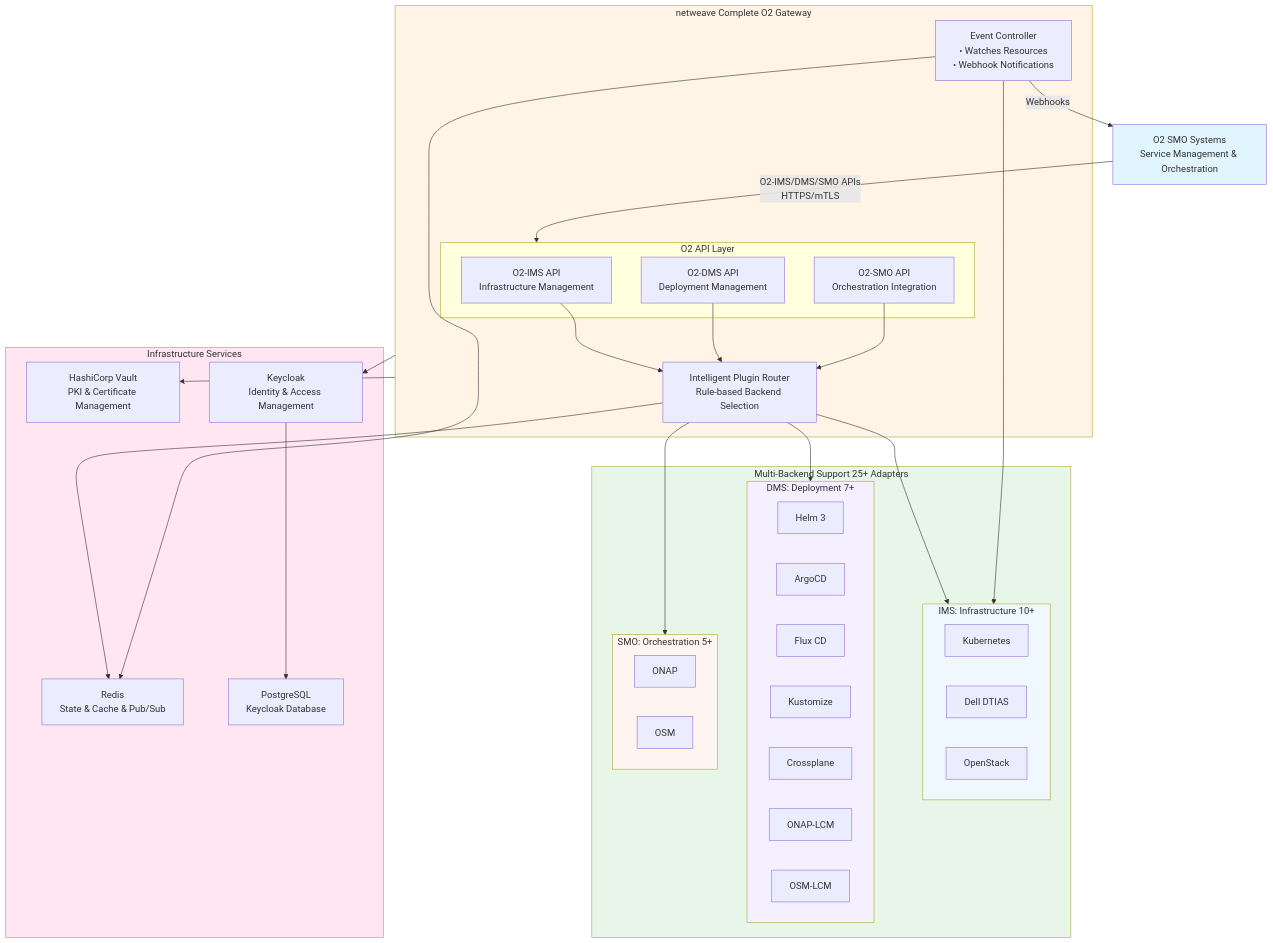
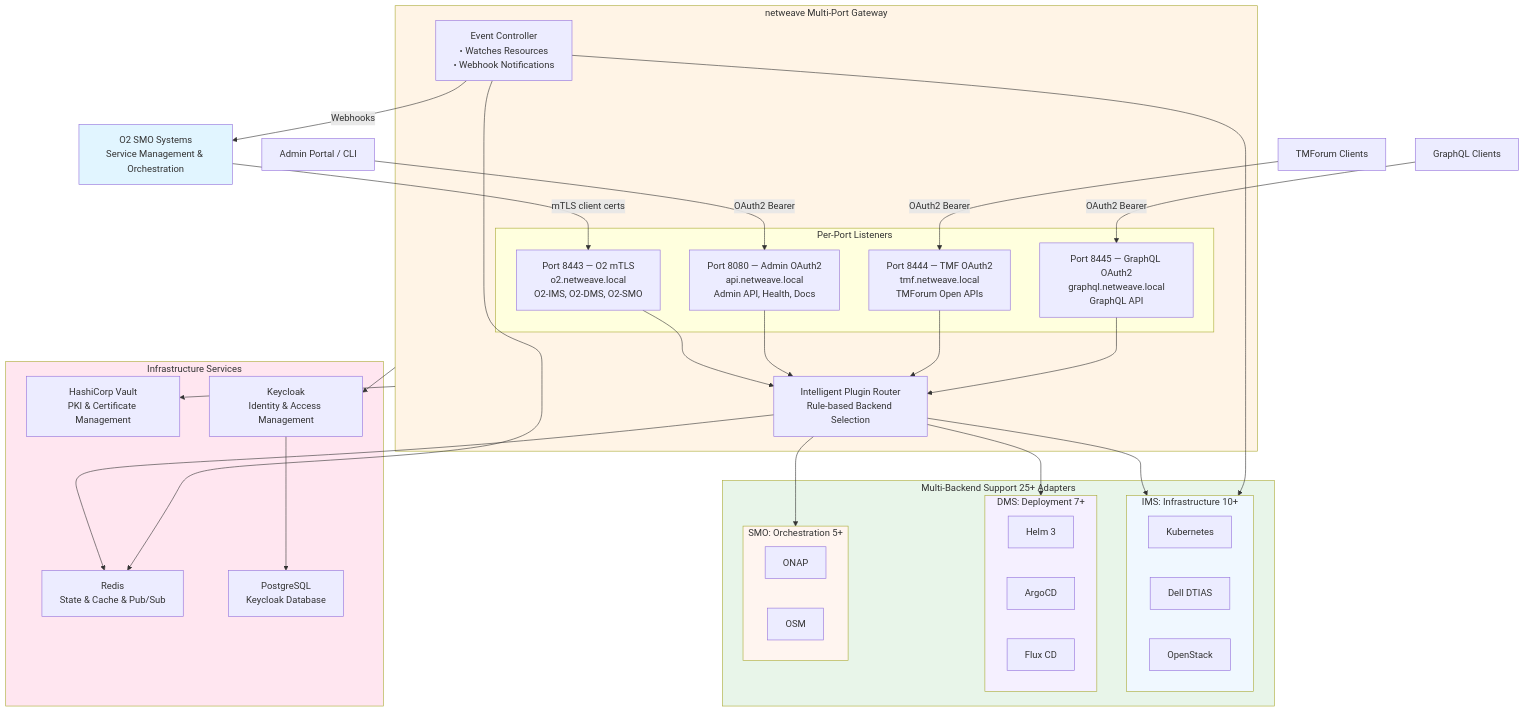
One commit to piwi3910/netweave changed the diagram in README.md. Above: the diagram before and after it, drawn with Mermaid. The commit also changed other lines of this file and 7 other files, not shown here.

First line of the commit message:
[Docs] Update documentation for multi-port gateway architecture

````diff
--- a/README.md
+++ b/README.md
@@ -97,71 +97,76 @@
 ```mermaid
 graph TB
     SMO[O2 SMO Systems<br/>Service Management & Orchestration]
+    TMF_Client[TMForum Clients]
+    GQL_Client[GraphQL Clients]
+    Admin[Admin Portal / CLI]
 
-    subgraph Gateway [netweave Complete O2 Gateway]
-        subgraph APIs [O2 API Layer]
-            IMS[O2-IMS API<br/>Infrastructure Management]
-            DMS[O2-DMS API<br/>Deployment Management]
-            SMO_API[O2-SMO API<br/>Orchestration Integration]
+    subgraph Gateway [netweave Multi-Port Gateway]
+        subgraph Ports [Per-Port Listeners]
+            P8443[Port 8443 — O2 mTLS<br/>o2.netweave.local<br/>O2-IMS, O2-DMS, O2-SMO]
+            P8080[Port 8080 — Admin OAuth2<br/>api.netweave.local<br/>Admin API, Health, Docs]
+            P8444[Port 8444 — TMF OAuth2<br/>tmf.netweave.local<br/>TMForum Open APIs]
+            P8445[Port 8445 — GraphQL OAuth2<br/>graphql.netweave.local<br/>GraphQL API]
         end
 
         Router[Intelligent Plugin Router<br/>Rule-based Backend Selection]
         CTRL[Event Controller<br/>• Watches Resources<br/>• Webhook Notifications]
     end
 
     subgraph Infrastructure [Infrastructure Services]
         Redis[Redis<br/>State & Cache & Pub/Sub]
         Vault[HashiCorp Vault<br/>PKI & Certificate Management]
         KC[Keycloak<br/>Identity & Access Management]
         PG[PostgreSQL<br/>Keycloak Database]
     end
 
     subgraph Backends [Multi-Backend Support 25+ Adapters]
         subgraph IMS_Backends [IMS: Infrastructure 10+]
             K8s[Kubernetes]
             DTIAS[Dell DTIAS]
             OS[OpenStack]
         end
 
         subgraph DMS_Backends [DMS: Deployment 7+]
             Helm[Helm 3]
             Argo[ArgoCD]
             Flux[Flux CD]
-            Kust[Kustomize]
-            XPlane[Crossplane]
-            ONAP_LCM[ONAP-LCM]
-            OSM_LCM[OSM-LCM]
         end
 
         subgraph SMO_Backends [SMO: Orchestration 5+]
             ONAP[ONAP]
             OSM[OSM]
         end
     end
 
-    SMO -->|O2-IMS/DMS/SMO APIs<br/>HTTPS/mTLS| APIs
-    IMS --> Router
-    DMS --> Router
-    SMO_API --> Router
+    SMO -->|mTLS client certs| P8443
+    Admin -->|OAuth2 Bearer| P8080
+    TMF_Client -->|OAuth2 Bearer| P8444
+    GQL_Client -->|OAuth2 Bearer| P8445
+
+    P8443 --> Router
+    P8080 --> Router
+    P8444 --> Router
+    P8445 --> Router
 
     Router --> Redis
     Router --> IMS_Backends
     Router --> DMS_Backends
     Router --> SMO_Backends
 
     Gateway --> Vault
     Gateway --> KC
     KC --> PG
 
     CTRL --> Redis
     CTRL --> IMS_Backends
     CTRL -->|Webhooks| SMO
 
     style SMO fill:#e1f5ff
     style Gateway fill:#fff4e6
     style Infrastructure fill:#ffe6f0
     style Backends fill:#e8f5e9
     style IMS_Backends fill:#f0f8ff
     style DMS_Backends fill:#f5f0ff
     style SMO_Backends fill:#fff5f0
 ```
````
